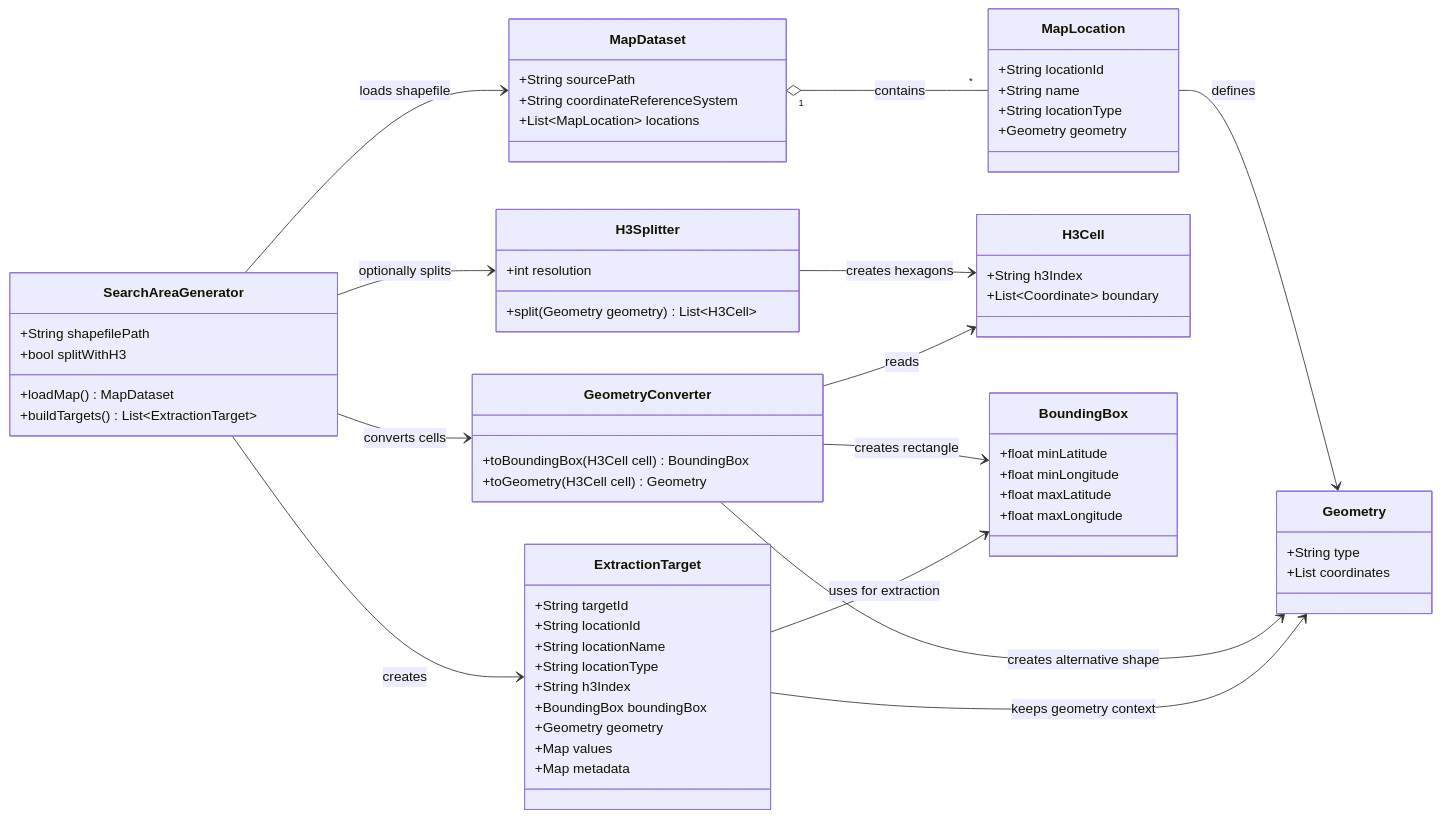
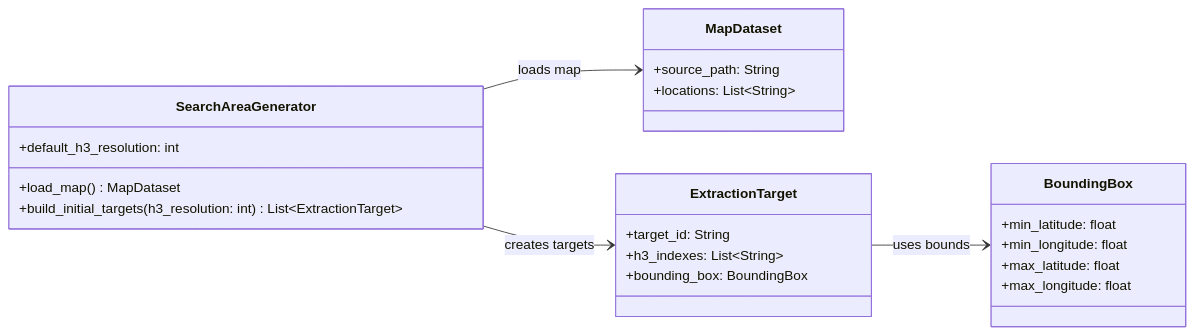
The diagram in docs/c4/level_4_code/data_ingestion/area_generator.md (mentoria-edu/data_vet), drawn with Mermaid before and after one commit. The commit also changed other lines of this file and 4 other files, not shown here.

Commit message:
atualizando os diagramas C4 code

````diff
--- a/docs/c4/level_4_code/data_ingestion/area_generator.md
+++ b/docs/c4/level_4_code/data_ingestion/area_generator.md
@@ -5,76 +5,32 @@
 ```mermaid
 classDiagram
-direction LR
+    direction LR
 
-class SearchAreaGenerator {
-  +String shapefilePath
-  +bool splitWithH3
-  +loadMap() MapDataset
-  +buildTargets() List~ExtractionTarget~
-}
+    class SearchAreaGenerator {
+        +default_h3_resolution: int
+        +load_map() MapDataset
+        +build_initial_targets(h3_resolution: int) List~ExtractionTarget~
+    }
 
-class MapDataset {
-  +String sourcePath
-  +String coordinateReferenceSystem
-  +List~MapLocation~ locations
-}
+    class MapDataset {
+        +source_path: String
+        +locations: List~String~
+    }
 
-class MapLocation {
-  +String locationId
-  +String name
-  +String locationType
-  +Geometry geometry
-}
+    class BoundingBox {
+        +min_latitude: float
+        +min_longitude: float
+        +max_latitude: float
+        +max_longitude: float
+    }
 
-class H3Splitter {
-  +int resolution
-  +split(Geometry geometry) List~H3Cell~
-}
+    class ExtractionTarget {
+        +target_id: String
+        +h3_indexes: List~String~
+        +bounding_box: BoundingBox
+    }
 
-class H3Cell {
-  +String h3Index
-  +List~Coordinate~ boundary
-}
-
-class GeometryConverter {
-  +toBoundingBox(H3Cell cell) BoundingBox
-  +toGeometry(H3Cell cell) Geometry
-}
-
-class BoundingBox {
-  +float minLatitude
-  +float minLongitude
-  +float maxLatitude
-  +float maxLongitude
-}
-
-class ExtractionTarget {
-  +String targetId
-  +String locationId
-  +String locationName
-  +String locationType
-  +String h3Index
-  +BoundingBox boundingBox
-  +Geometry geometry
-  +Map values
-  +Map metadata
-}
-
-class Geometry {
-  +String type
-  +List coordinates
-}
-
-SearchAreaGenerator --> MapDataset : loads shapefile
-SearchAreaGenerator --> H3Splitter : optionally splits
-SearchAreaGenerator --> GeometryConverter : converts cells
-SearchAreaGenerator --> ExtractionTarget : creates
-MapDataset "1" o-- "*" MapLocation : contains
-MapLocation --> Geometry : defines
-H3Splitter --> H3Cell : creates hexagons
-GeometryConverter --> H3Cell : reads
-GeometryConverter --> BoundingBox : creates rectangle
-GeometryConverter --> Geometry : creates alternative shape
-ExtractionTarget --> BoundingBox : uses for extraction
-ExtractionTarget --> Geometry : keeps geometry context
+    SearchAreaGenerator --> MapDataset : loads map
+    SearchAreaGenerator --> ExtractionTarget : creates targets
+    ExtractionTarget --> BoundingBox : uses bounds
 ```
````
